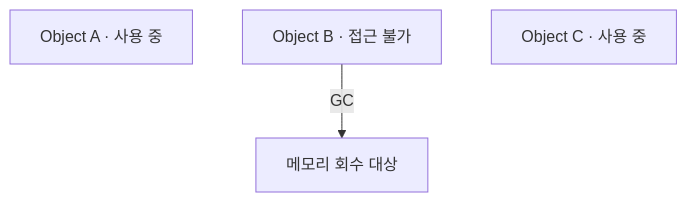
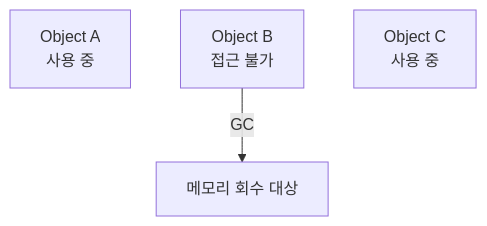
One commit to SangCheonP/Tech-Interview changed the third of 3 diagrams in Language/Java/JVM/02. JVM 구조.md. Above: the diagram before and after it, drawn with Mermaid. The commit also changed other lines of this file, not shown here.

Commit message:
docs: center multiline JVM diagram labels

````diff
--- a/Language/Java/JVM/02. JVM 구조.md
+++ b/Language/Java/JVM/02. JVM 구조.md
@@ -158,6 +158,6 @@
 ```mermaid
 flowchart TB
-    a["Object A · 사용 중"]
-    b["Object B · 접근 불가"] -->|GC| reclaimed["메모리 회수 대상"]
-    c["Object C · 사용 중"]
+    a["Object A<br/>사용 중"]
+    b["Object B<br/>접근 불가"] -->|GC| reclaimed["메모리 회수 대상"]
+    c["Object C<br/>사용 중"]
 ```
````
